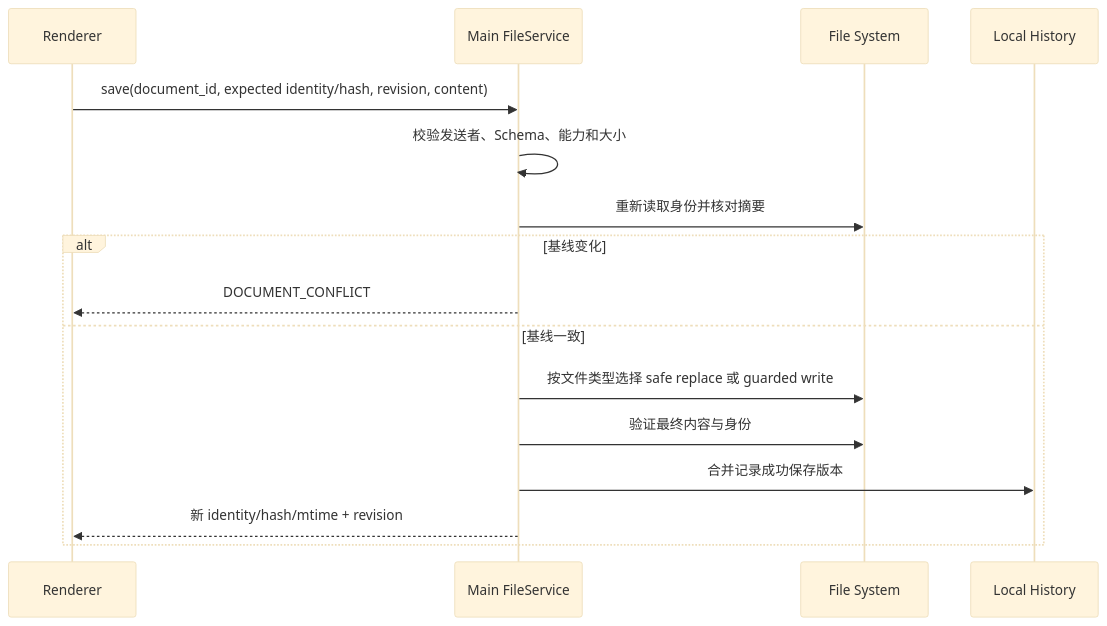
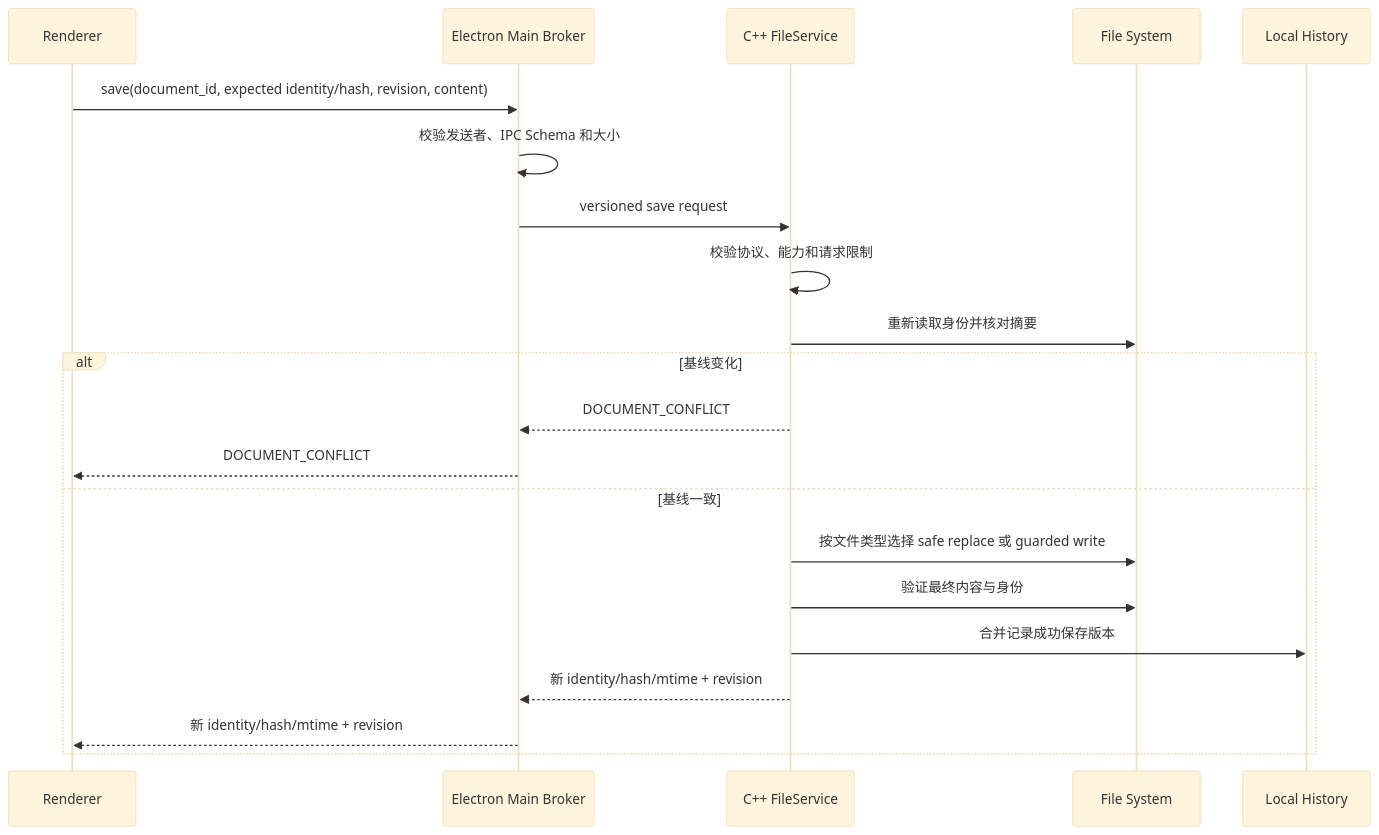
One commit to FormingSystem/linux_note changed the second of 2 diagrams in tools/practice_tool/docs/architecture/engineering/desktop_runtime_and_document_services.md. Above: the diagram before and after it, drawn with Mermaid (base theme). The commit also changed other lines of this file and 47 other files, not shown here.

````diff
--- a/tools/practice_tool/docs/architecture/engineering/desktop_runtime_and_document_services.md
+++ b/tools/practice_tool/docs/architecture/engineering/desktop_runtime_and_document_services.md
@@ -203,19 +208,24 @@
 ```mermaid
 sequenceDiagram
     participant R as Renderer
-    participant M as Main FileService
+    participant M as Electron Main Broker
+    participant N as C++ FileService
     participant F as File System
     participant H as Local History
 
     R->>M: save(document_id, expected identity/hash, revision, content)
-    M->>M: 校验发送者、Schema、能力和大小
-    M->>F: 重新读取身份并核对摘要
+    M->>M: 校验发送者、IPC Schema 和大小
+    M->>N: versioned save request
+    N->>N: 校验协议、能力和请求限制
+    N->>F: 重新读取身份并核对摘要
     alt 基线变化
+        N-->>M: DOCUMENT_CONFLICT
         M-->>R: DOCUMENT_CONFLICT
     else 基线一致
-        M->>F: 按文件类型选择 safe replace 或 guarded write
-        M->>F: 验证最终内容与身份
-        M->>H: 合并记录成功保存版本
+        N->>F: 按文件类型选择 safe replace 或 guarded write
+        N->>F: 验证最终内容与身份
+        N->>H: 合并记录成功保存版本
+        N-->>M: 新 identity/hash/mtime + revision
         M-->>R: 新 identity/hash/mtime + revision
     end
 ```
````
